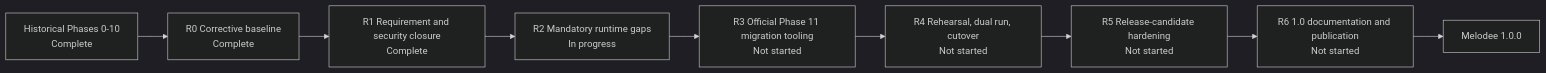
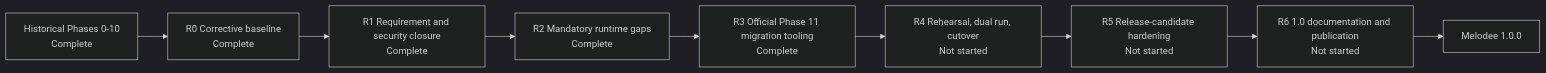
One commit to melodee-project/melodee-rs changed the diagram in IMPLMENTATION_OUTSTANDING.md. Above: the diagram before and after it, drawn with Mermaid (dark theme). The commit also changed other lines of this file and 53 other files, not shown here.

First line of the commit message:
Add legacy migration tooling and rehearsal scripts

````diff
--- a/IMPLMENTATION_OUTSTANDING.md
+++ b/IMPLMENTATION_OUTSTANDING.md
@@ -164,11 +164,11 @@
 ```mermaid
 flowchart LR
     H[Historical Phases 0-10\nComplete] --> R0[R0 Corrective baseline\nComplete]
     R0 --> R1[R1 Requirement and security closure\nComplete]
-    R1 --> R2[R2 Mandatory runtime gaps\nIn progress]
-    R2 --> R3[R3 Official Phase 11 migration tooling\nNot started]
+    R1 --> R2[R2 Mandatory runtime gaps\nComplete]
+    R2 --> R3[R3 Official Phase 11 migration tooling\nComplete]
     R3 --> R4[R4 Rehearsal, dual run, cutover\nNot started]
     R4 --> R5[R5 Release-candidate hardening\nNot started]
     R5 --> R6[R6 1.0 documentation and publication\nNot started]
     R6 --> V[Melodee 1.0.0]
 ```
````
